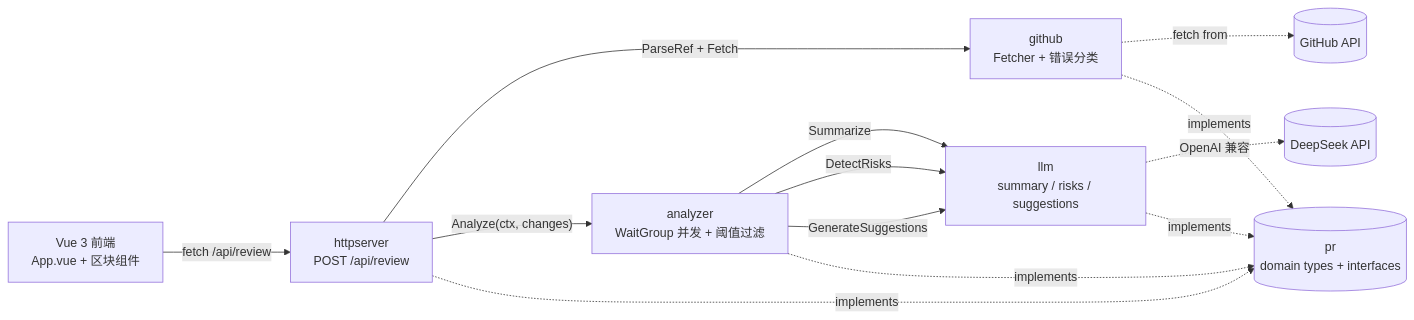
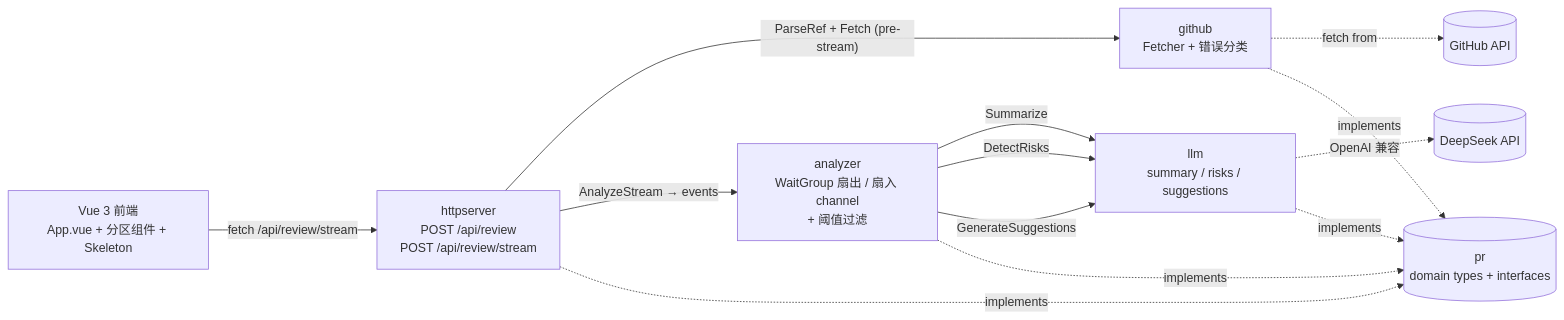
The diagram in README.md (zhh2001/ai-pr-reviewer), drawn with Mermaid before and after one commit. The commit also changed other lines of this file and 2 other files, not shown here.

````diff
--- a/README.md
+++ b/README.md
@@ -10,23 +17,23 @@
 ```mermaid
 flowchart LR
-    UI[Vue 3 前端<br/>App.vue + 区块组件]
-    HTTP[httpserver<br/>POST /api/review]
-    AN[analyzer<br/>WaitGroup 并发 + 阈值过滤]
+    UI[Vue 3 前端<br/>App.vue + 分区组件 + Skeleton]
+    HTTP[httpserver<br/>POST /api/review<br/>POST /api/review/stream]
+    AN[analyzer<br/>WaitGroup 扇出 / 扇入 channel<br/>+ 阈值过滤]
     GH[github<br/>Fetcher + 错误分类]
     LLM[llm<br/>summary / risks / suggestions]
     PR[(pr<br/>domain types + interfaces)]
 
-    UI -- "fetch /api/review" --> HTTP
-    HTTP -- "ParseRef + Fetch" --> GH
-    HTTP -- "Analyze(ctx, changes)" --> AN
+    UI -- "fetch /api/review/stream" --> HTTP
+    HTTP -- "ParseRef + Fetch (pre-stream)" --> GH
+    HTTP -- "AnalyzeStream → events" --> AN
     AN -- "Summarize" --> LLM
     AN -- "DetectRisks" --> LLM
     AN -- "GenerateSuggestions" --> LLM
     GH -.->|"fetch from"| GitHubAPI[(GitHub API)]
     LLM -.->|"OpenAI 兼容"| DeepSeek[(DeepSeek API)]
 
     HTTP -.implements.-> PR
     AN -.implements.-> PR
     GH -.implements.-> PR
     LLM -.implements.-> PR
 ```
````
